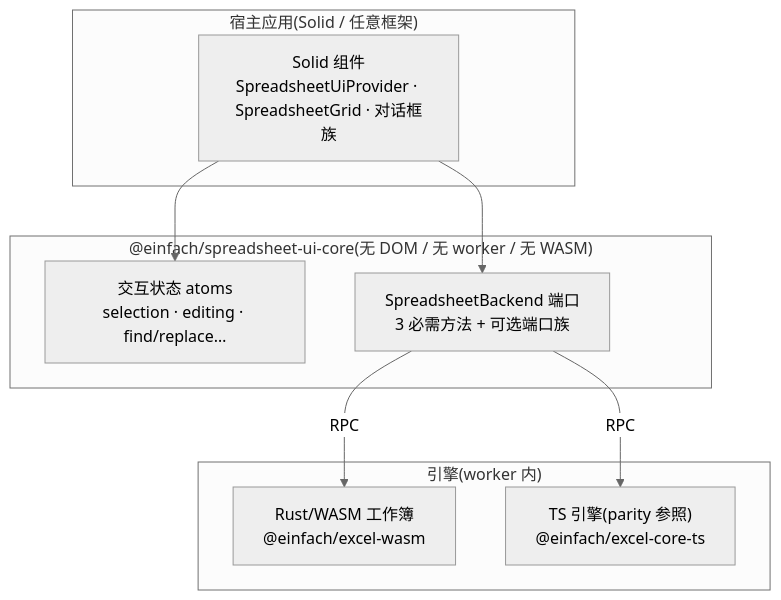
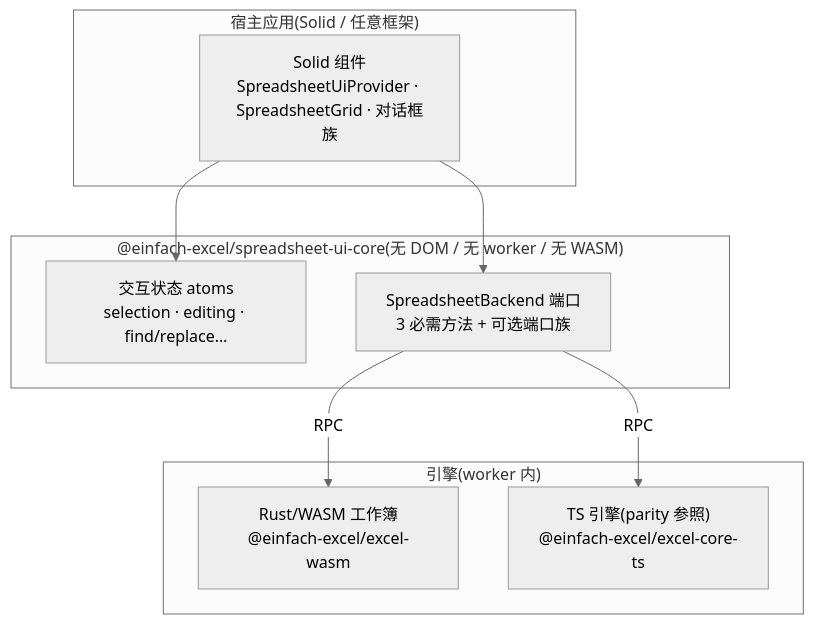
Before and after one commit to allroad88888888/einfach-excel: the first of 3 diagrams in docs/content/ARCHITECTURE_DIAGRAMS.md, drawn with Mermaid (neutral theme). The commit also changed 981 other files, not shown here.

First line of the commit message:
refactor!: move repo packages to the @einfach-excel npm scope

````diff
--- a/docs/content/ARCHITECTURE_DIAGRAMS.md
+++ b/docs/content/ARCHITECTURE_DIAGRAMS.md
@@ -8,18 +8,18 @@
 ```mermaid
 flowchart TB
     subgraph host["宿主应用(Solid / 任意框架)"]
         comp["Solid 组件<br/>SpreadsheetUiProvider · SpreadsheetGrid · 对话框族"]
     end
-    subgraph core["@einfach/spreadsheet-ui-core(无 DOM / 无 worker / 无 WASM)"]
+    subgraph core["@einfach-excel/spreadsheet-ui-core(无 DOM / 无 worker / 无 WASM)"]
         atoms["交互状态 atoms<br/>selection · editing · find/replace…"]
         port["SpreadsheetBackend 端口<br/>3 必需方法 + 可选端口族"]
     end
     subgraph engine["引擎(worker 内)"]
-        wasm["Rust/WASM 工作簿<br/>@einfach/excel-wasm"]
-        ts["TS 引擎(parity 参照)<br/>@einfach/excel-core-ts"]
+        wasm["Rust/WASM 工作簿<br/>@einfach-excel/excel-wasm"]
+        ts["TS 引擎(parity 参照)<br/>@einfach-excel/excel-core-ts"]
     end
     comp --> atoms
     comp --> port
     port -->|RPC| wasm
     port -->|RPC| ts
 ```
````
